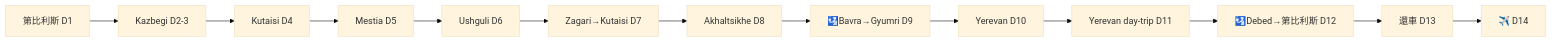
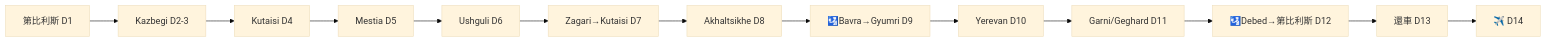
Before and after one commit to hmkaibot-bot/geogria: the diagram in 11-大環線-Svaneti加亞美尼亞.md, drawn with Mermaid (base theme). The commit also changed other lines of this file and 1 other file, not shown here.

````diff
--- a/11-大環線-Svaneti加亞美尼亞.md
+++ b/11-大環線-Svaneti加亞美尼亞.md
@@ -11,15 +9,7 @@
 ```mermaid
 flowchart LR
-    A[第比利斯 D1] --> B[Kazbegi D2-3]
-    B --> C[Kutaisi D4]
-    C --> D[Mestia D5]
-    D --> E[Ushguli D6]
-    E --> F[Zagari→Kutaisi D7]
-    F --> G[Akhaltsikhe D8]
-    G --> H["🛂Bavra→Gyumri D9"]
-    H --> I[Yerevan D10]
-    I --> J[Yerevan day-trip D11]
-    J --> K["🛂Debed→第比利斯 D12"]
-    K --> L[還車 D13]
-    L --> M[✈️ D14]
+    A[第比利斯 D1] --> B[Kazbegi D2-3] --> C[Kutaisi D4] --> D[Mestia D5]
+    D --> E[Ushguli D6] --> F[Zagari→Kutaisi D7] --> G[Akhaltsikhe D8]
+    G --> H["🛂Bavra→Gyumri D9"] --> I[Yerevan D10] --> J[Garni/Geghard D11]
+    J --> K["🛂Debed→第比利斯 D12"] --> L[還車 D13] --> M[✈️ D14]
 ```
````
